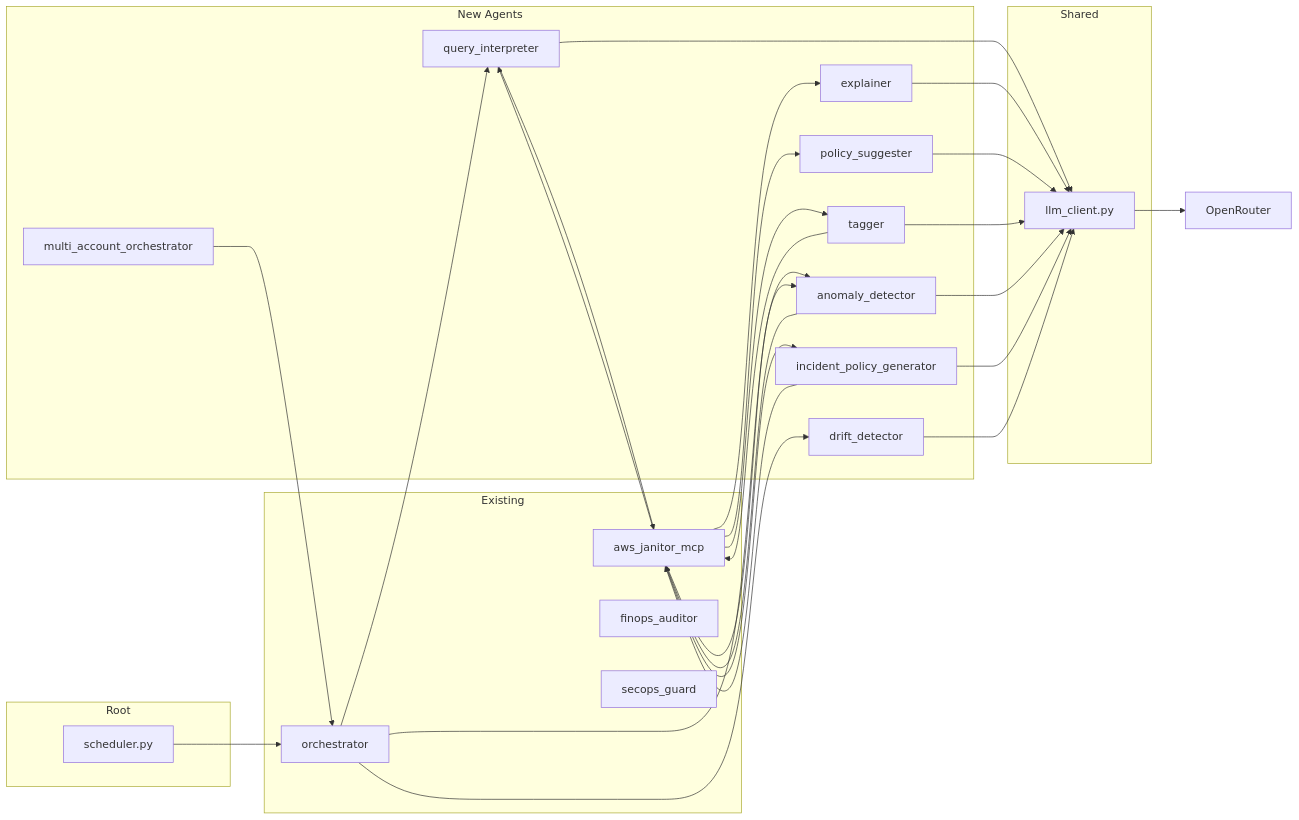
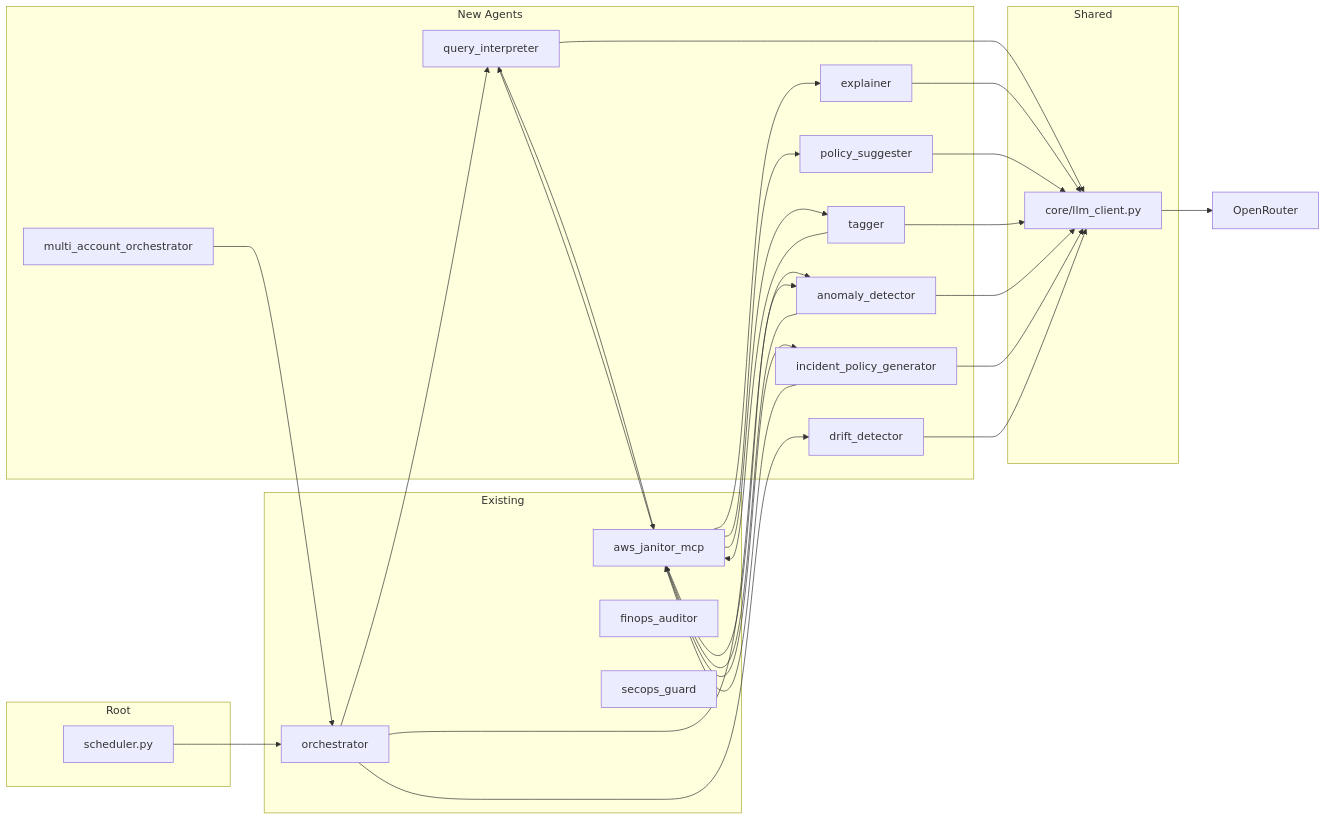
Before and after one commit to darthrevan030/kiro-buildfest-2026: the fifth of 5 diagrams in .kiro/specs/cloud-janitor-phase-bc/design.md, drawn with Mermaid. The commit also changed other lines of this file and 39 other files, not shown here.

First line of the commit message:
refactor: reorganize project structure and consolidate LLM client to core module

````diff
--- a/.kiro/specs/cloud-janitor-phase-bc/design.md
+++ b/.kiro/specs/cloud-janitor-phase-bc/design.md
@@ -1916,55 +1916,55 @@
 ```mermaid
 graph LR
     subgraph Shared
-        LLC[llm_client.py]
+        LLC[core/llm_client.py]
     end
 
     subgraph New Agents
         QI[query_interpreter]
         RE[explainer]
         PS[policy_suggester]
         RT[tagger]
         AD[anomaly_detector]
         IPG[incident_policy_generator]
         DD[drift_detector]
         MAO[multi_account_orchestrator]
     end
 
     subgraph Root
         JS[scheduler.py]
     end
 
     subgraph Existing
         Orch[orchestrator]
         MCP[aws_janitor_mcp]
         FinOps[finops_auditor]
         SecOps[secops_guard]
     end
 
     QI --> LLC
     RE --> LLC
     PS --> LLC
     RT --> LLC
     AD --> LLC
     IPG --> LLC
     DD --> LLC
     LLC --> OpenRouter
 
     QI --> MCP
     AD --> MCP
     IPG --> MCP
     RT --> MCP
 
     MAO --> Orch
     JS --> Orch
     Orch --> QI
     Orch --> AD
     Orch --> DD
 
     MCP --> QI
     MCP --> RE
     MCP --> PS
     MCP --> RT
     MCP --> AD
     MCP --> IPG
 ```
````
